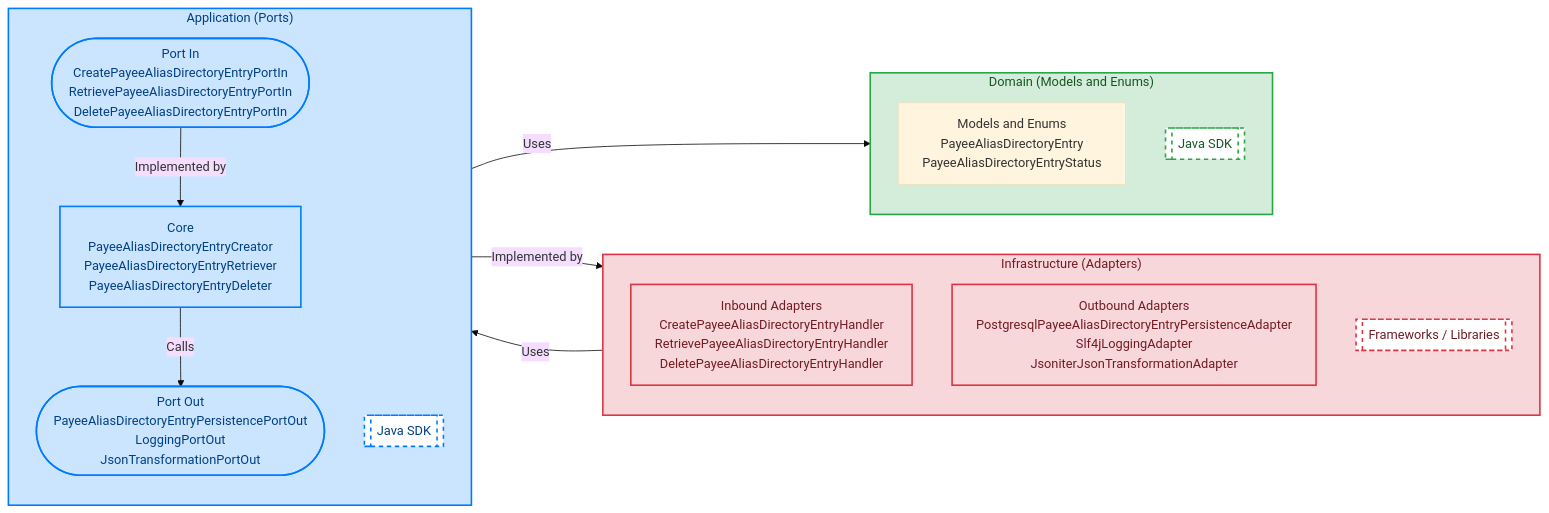
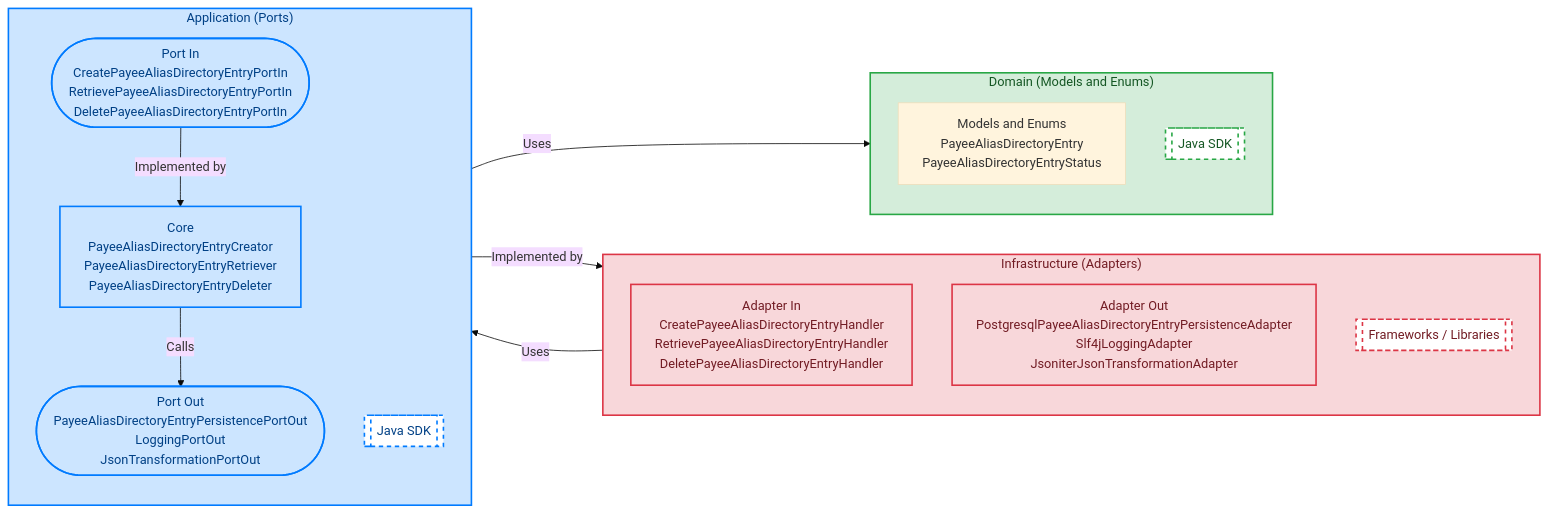
The diagram in README.md (b0gg4rd/undertow-postgresql-hexagonal-reference), drawn with Mermaid (base theme) before and after one commit. The commit also changed 53 other files, not shown here.

````diff
--- a/README.md
+++ b/README.md
@@ -15,39 +15,39 @@
 ```mermaid
 flowchart LR
   subgraph Infrastructure ["Infrastructure (Adapters)"]
     direction TB
-    A_IN[Inbound Adapters\nCreatePayeeAliasDirectoryEntryHandler\nRetrievePayeeAliasDirectoryEntryHandler\nDeletePayeeAliasDirectoryEntryHandler]
-    A_OUT[Outbound Adapters\nPostgresqlPayeeAliasDirectoryEntryPersistenceAdapter\nSlf4jLoggingAdapter\nJsoniterJsonTransformationAdapter]
+    A_IN[Adapter In\nCreatePayeeAliasDirectoryEntryHandler\nRetrievePayeeAliasDirectoryEntryHandler\nDeletePayeeAliasDirectoryEntryHandler]
+    A_OUT[Adapter Out\nPostgresqlPayeeAliasDirectoryEntryPersistenceAdapter\nSlf4jLoggingAdapter\nJsoniterJsonTransformationAdapter]
     FW[[Frameworks / Libraries]]
   end
 
   subgraph Application ["Application (Ports)"]
     direction TB
     P_IN([Port In\nCreatePayeeAliasDirectoryEntryPortIn\nRetrievePayeeAliasDirectoryEntryPortIn\nDeletePayeeAliasDirectoryEntryPortIn])
     CORE[Core\nPayeeAliasDirectoryEntryCreator\nPayeeAliasDirectoryEntryRetriever\nPayeeAliasDirectoryEntryDeleter]
     P_OUT([Port Out\nPayeeAliasDirectoryEntryPersistencePortOut\nLoggingPortOut\nJsonTransformationPortOut])
     J_APP[[Java SDK]]
   end
 
   subgraph Domain ["Domain (Models and Enums)"]
     direction TB
     D_ENT[Models and Enums\nPayeeAliasDirectoryEntry\nPayeeAliasDirectoryEntryStatus]
     J_DOM[[Java SDK]]
   end
 
   A_IN -->|Uses| P_IN
   P_IN -->|Implemented by| CORE
   CORE -->|Uses| D_ENT
   CORE -->|Calls| P_OUT
   P_OUT -->|Implemented by| A_OUT
 
   classDef domain fill:#d4edda,stroke:#28a745,stroke-width:2px,color:#155724;
   classDef app fill:#cce5ff,stroke:#007bff,stroke-width:2px,color:#004085;
   classDef infra fill:#f8d7da,stroke:#dc3545,stroke-width:2px,color:#721c24;
   classDef techLabel fill:#fff,stroke-dasharray: 5 5;
 
   class Domain,J_DOM domain;
   class Application,P_IN,P_OUT,CORE,J_APP app;
   class Infrastructure,A_IN,A_OUT,FW infra;
   class J_APP,J_DOM,FW techLabel;
 ```
````
